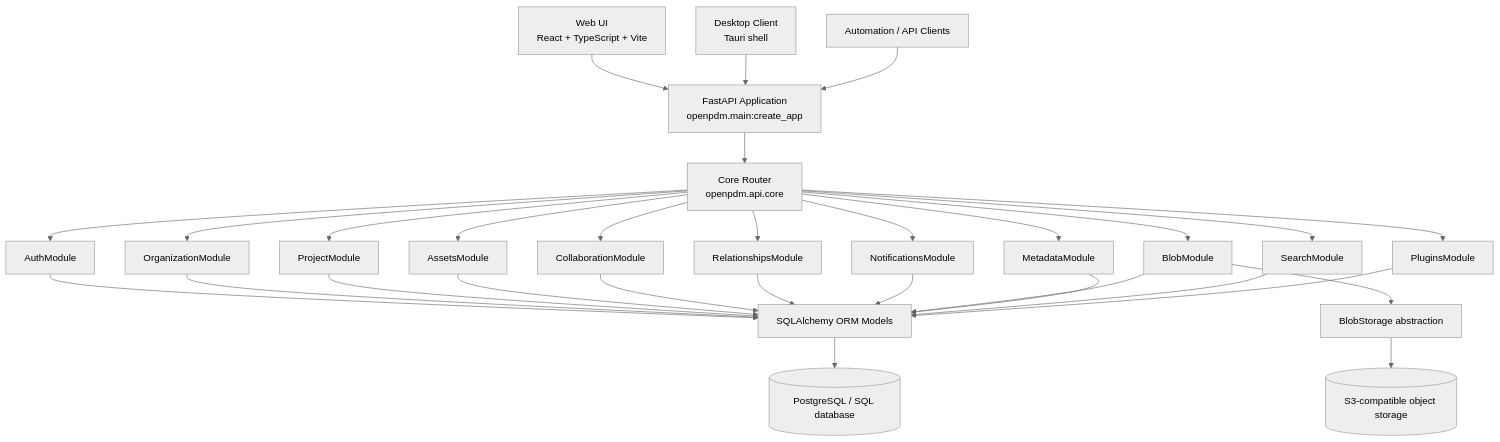
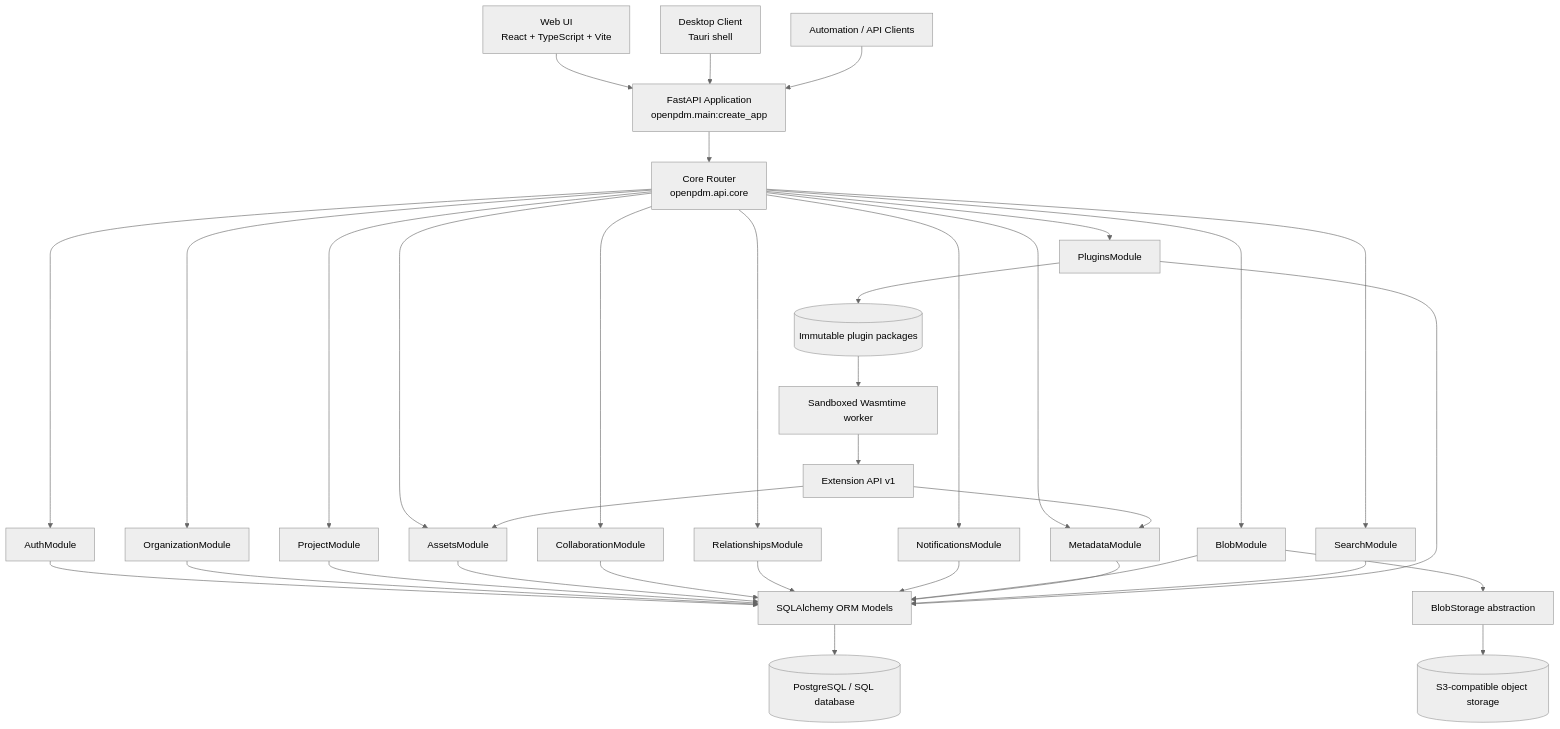
One commit to synkop360/OpenPDM changed the first of 7 diagrams in docs/API_FLOWS.md. Above: the diagram before and after it, drawn with Mermaid (neutral theme). The commit also changed 13 other files, not shown here.

````diff
--- a/docs/API_FLOWS.md
+++ b/docs/API_FLOWS.md
@@ -22,58 +22,66 @@
 ```mermaid
 flowchart TD
     WebUI["Web UI<br/>React + TypeScript + Vite"]
     Desktop["Desktop Client<br/>Tauri shell"]
     APIClients["Automation / API Clients"]
 
     App["FastAPI Application<br/>openpdm.main:create_app"]
     Router["Core Router<br/>openpdm.api.core"]
     Auth["AuthModule"]
     Org["OrganizationModule"]
     Project["ProjectModule"]
     Assets["AssetsModule"]
     Collab["CollaborationModule"]
     Relationships["RelationshipsModule"]
     Notifications["NotificationsModule"]
     BlobModule["BlobModule"]
     Metadata["MetadataModule"]
     Search["SearchModule"]
     Plugins["PluginsModule"]
 
     SQLA["SQLAlchemy ORM Models"]
     Postgres[("PostgreSQL / SQL database")]
     BlobStorage["BlobStorage abstraction"]
     ObjectStore[("S3-compatible object storage")]
+    PluginPackages[("Immutable plugin packages")]
+    Worker["Sandboxed Wasmtime worker"]
+    Extension["Extension API v1"]
 
     WebUI --> App
     Desktop --> App
     APIClients --> App
 
     App --> Router
     Router --> Auth
     Router --> Org
     Router --> Project
     Router --> Assets
     Router --> Collab
     Router --> Relationships
     Router --> Notifications
     Router --> BlobModule
     Router --> Metadata
     Router --> Search
     Router --> Plugins
 
     Auth --> SQLA
     Org --> SQLA
     Project --> SQLA
     Assets --> SQLA
     Collab --> SQLA
     Relationships --> SQLA
     Notifications --> SQLA
     BlobModule --> SQLA
     Metadata --> SQLA
     Search --> SQLA
     Plugins --> SQLA
+    Plugins --> PluginPackages
+    PluginPackages --> Worker
+    Worker --> Extension
+    Extension --> Assets
+    Extension --> Metadata
 
     SQLA --> Postgres
     BlobModule --> BlobStorage
     BlobStorage --> ObjectStore
 ```
````
